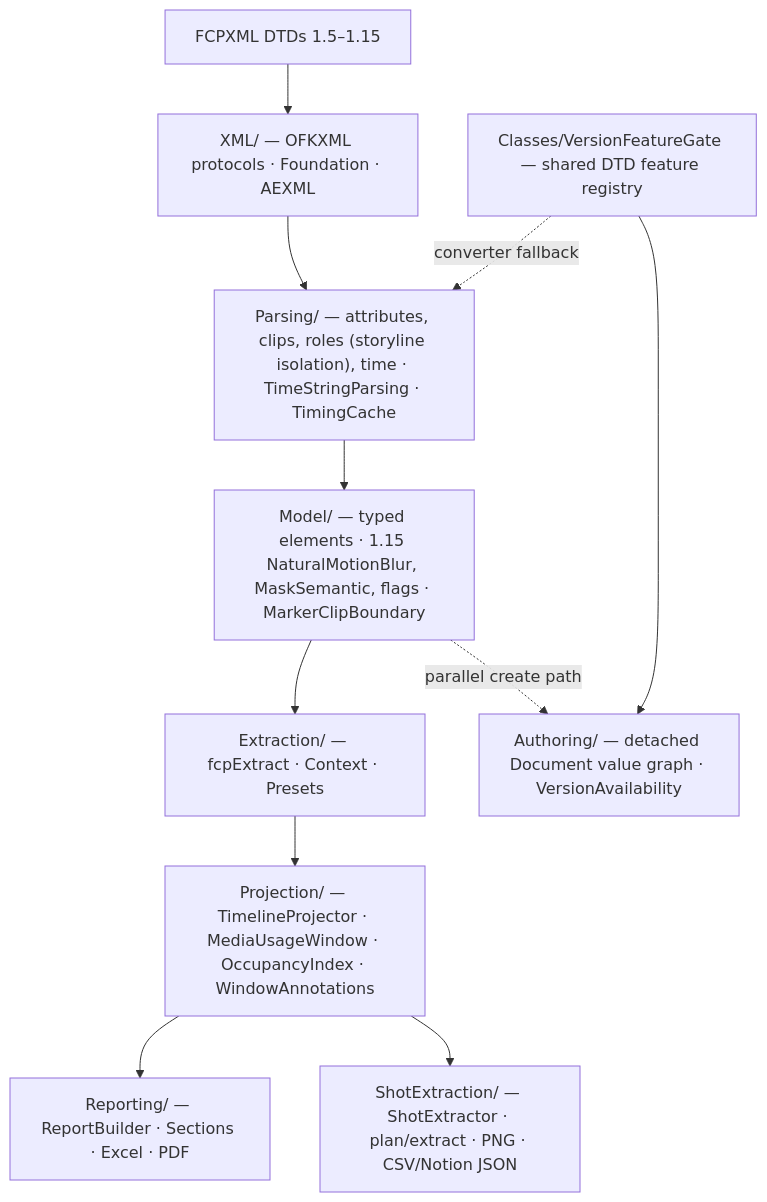
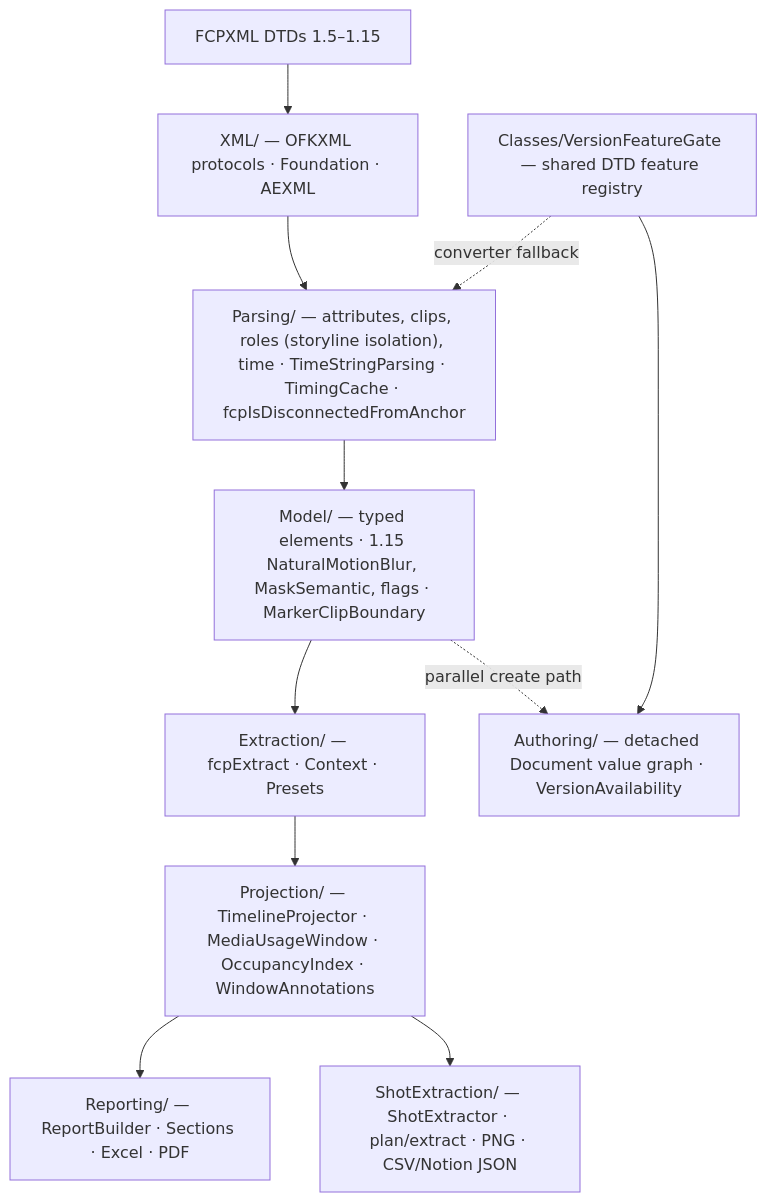
The third of 6 diagrams in ARCHITECTURE.md (TheAcharya/OpenFCPXMLKit), drawn with Mermaid before and after one commit. The commit also changed other lines of this file and 16 other files, not shown here.

````diff
--- a/ARCHITECTURE.md
+++ b/ARCHITECTURE.md
@@ -330,20 +332,20 @@
 ```mermaid
 flowchart TB
     DTD["FCPXML DTDs 1.5–1.15"]
     XML["XML/ — OFKXML protocols · Foundation · AEXML"]
-    PRS["Parsing/ — attributes, clips, roles (storyline isolation), time · TimeStringParsing · TimingCache"]
+    PRS["Parsing/ — attributes, clips, roles (storyline isolation), time · TimeStringParsing · TimingCache · fcpIsDisconnectedFromAnchor"]
     MDL["Model/ — typed elements · 1.15 NaturalMotionBlur, MaskSemantic, flags · MarkerClipBoundary"]
     EXT["Extraction/ — fcpExtract · Context · Presets"]
     PRJ["Projection/ — TimelineProjector · MediaUsageWindow · OccupancyIndex · WindowAnnotations"]
     REP["Reporting/ — ReportBuilder · Sections · Excel · PDF"]
     SHOT["ShotExtraction/ — ShotExtractor · plan/extract · PNG · CSV/Notion JSON"]
 
     DTD --> XML --> PRS --> MDL --> EXT --> PRJ --> REP
     PRJ --> SHOT
 
     AUTH["Authoring/ — detached Document value graph · VersionAvailability"]
     GATE["Classes/VersionFeatureGate — shared DTD feature registry"]
     MDL -.->|"parallel create path"| AUTH
     GATE --> AUTH
     GATE -.->|"converter fallback"| PRS
 ```
````
